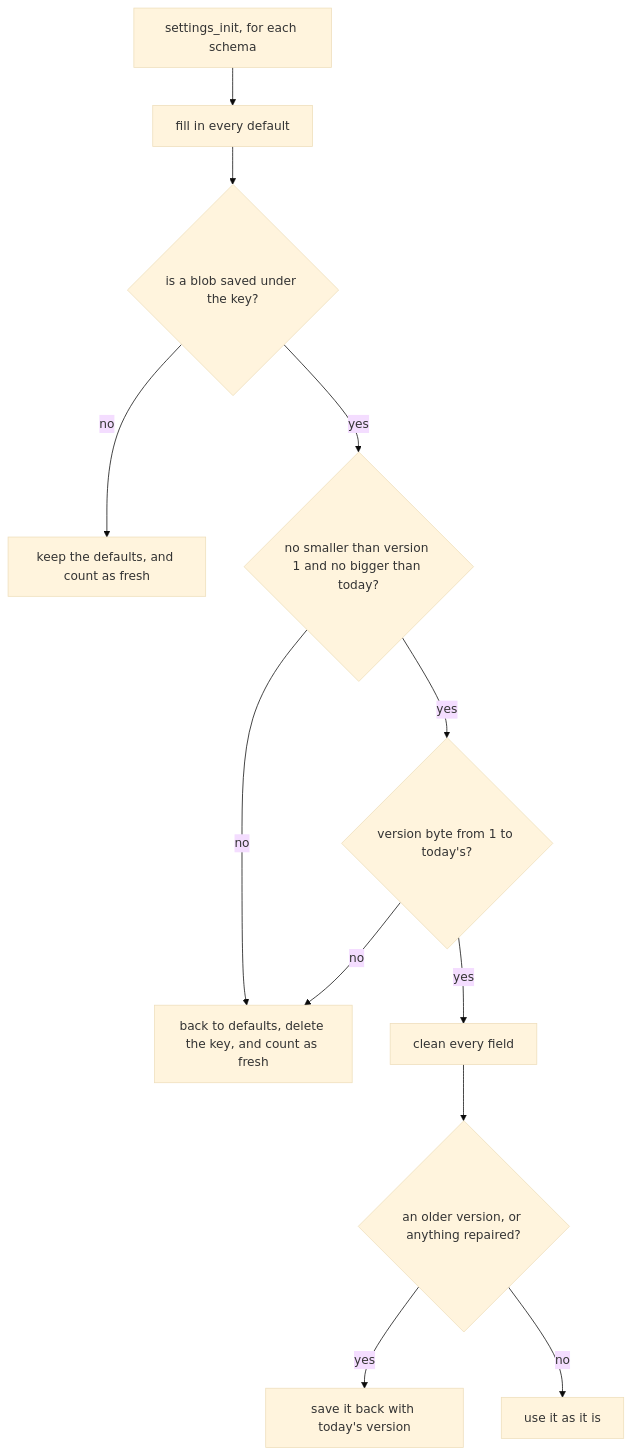
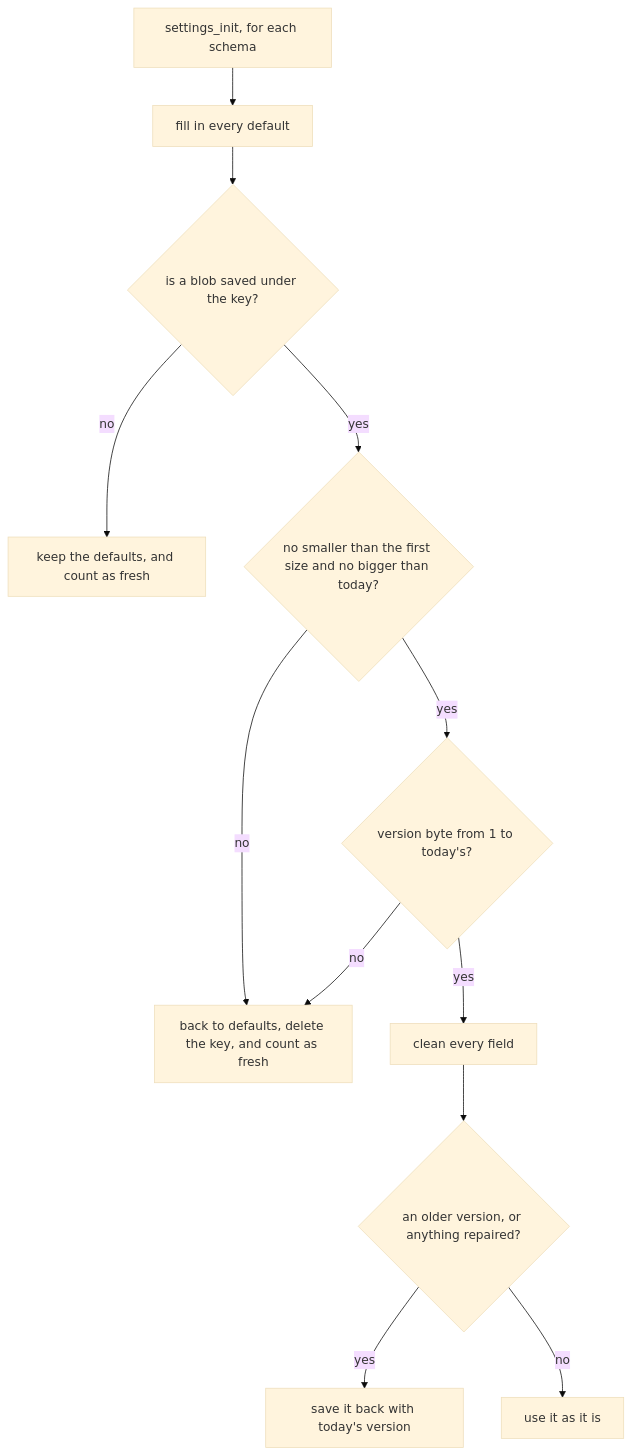
The diagram in docs/how/settings-on-the-watch.md (AKlitbo/pebble-app-framework), drawn with Mermaid (base theme) before and after one commit. The commit also changed other lines of this file and 248 other files, not shown here.

````diff
--- a/docs/how/settings-on-the-watch.md
+++ b/docs/how/settings-on-the-watch.md
@@ -41,14 +143,14 @@
 ```mermaid
 flowchart TD
   start["settings_init, for each schema"] --> defaults["fill in every default"]
   defaults --> exists{"is a blob saved under the key?"}
   exists -- no --> fresh["keep the defaults, and count as fresh"]
-  exists -- yes --> size{"no smaller than version 1 and no bigger than today?"}
+  exists -- yes --> size{"no smaller than the first size and no bigger than today?"}
   size -- no --> reset["back to defaults, delete the key, and count as fresh"]
   size -- yes --> version{"version byte from 1 to today's?"}
   version -- no --> reset
   version -- yes --> clean["clean every field"]
   clean --> resave{"an older version, or anything repaired?"}
   resave -- yes --> save["save it back with today's version"]
   resave -- no --> done["use it as it is"]
 ```
````
